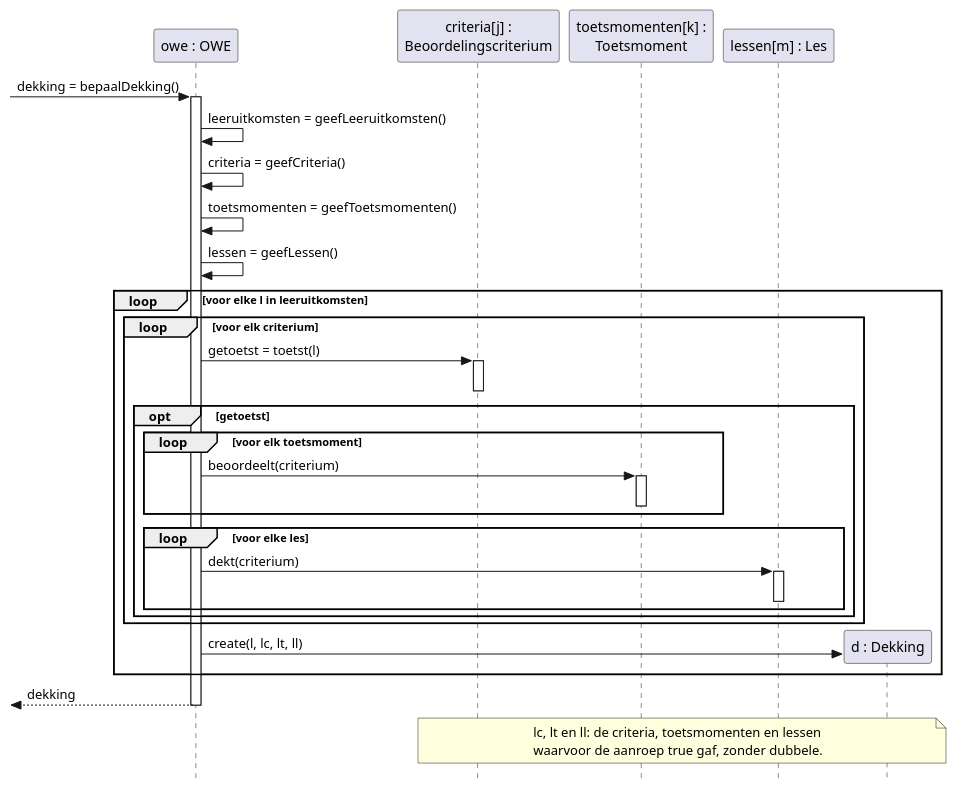
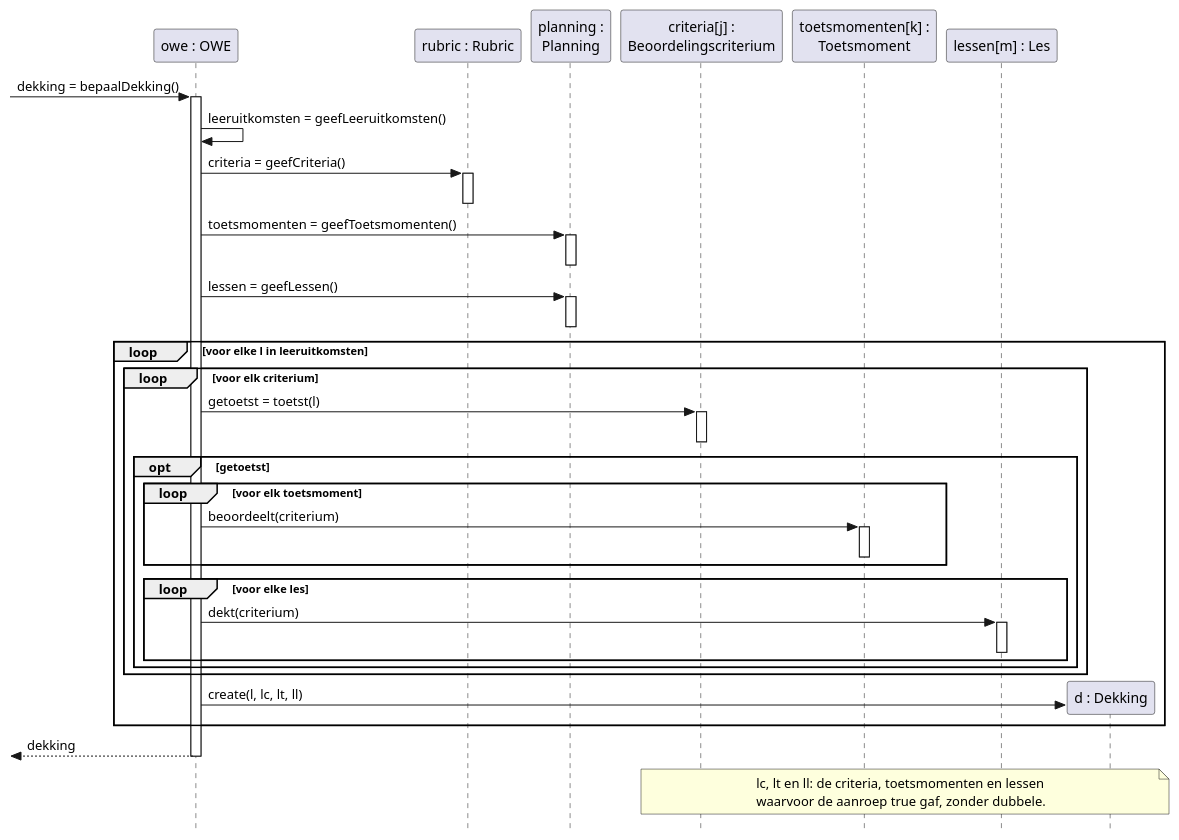
The diagram in docs/diagrams/sd-owe-bepaaldekking.puml (HAN-Craftsmanship-KL-JJG/casus), drawn with PlantUML before and after one commit. The commit also changed 18 other files, not shown here.

First line of the commit message:
refactor(docs): split OWE into Rubric and Planning

```diff
--- a/docs/diagrams/sd-owe-bepaaldekking.puml
+++ b/docs/diagrams/sd-owe-bepaaldekking.puml
@@ -1,48 +1,56 @@
 @startuml sd-owe-bepaaldekking
 ' Sequence diagram van OWE.bepaalDekking (UC08, stap 3).
 ' Toelichting: docs/08-sequencediagrammen.md
 skinparam style strictuml
 skinparam shadowing false
 skinparam defaultFontName Helvetica
 hide footbox
 
 participant "owe : OWE" as owe
+participant "rubric : Rubric" as rubric
+participant "planning :\nPlanning" as planning
 participant "criteria[j] :\nBeoordelingscriterium" as criterium
 participant "toetsmomenten[k] :\nToetsmoment" as toetsmoment
 participant "lessen[m] : Les" as les
 participant "d : Dekking" as dekking
 
 [-> owe : dekking = bepaalDekking()
 activate owe
 owe -> owe : leeruitkomsten = geefLeeruitkomsten()
-owe -> owe : criteria = geefCriteria()
-owe -> owe : toetsmomenten = geefToetsmomenten()
-owe -> owe : lessen = geefLessen()
+owe -> rubric : criteria = geefCriteria()
+activate rubric
+deactivate rubric
+owe -> planning : toetsmomenten = geefToetsmomenten()
+activate planning
+deactivate planning
+owe -> planning : lessen = geefLessen()
+activate planning
+deactivate planning
 loop voor elke l in leeruitkomsten
   loop voor elk criterium
     owe -> criterium : getoetst = toetst(l)
     activate criterium
     deactivate criterium
     opt getoetst
       loop voor elk toetsmoment
         owe -> toetsmoment : beoordeelt(criterium)
         activate toetsmoment
         deactivate toetsmoment
       end
       loop voor elke les
         owe -> les : dekt(criterium)
         activate les
         deactivate les
       end
     end
   end
   create dekking
   owe -> dekking : create(l, lc, lt, ll)
 end
 [<-- owe : dekking
 deactivate owe
 note over criterium, dekking
   lc, lt en ll: de criteria, toetsmomenten en lessen
   waarvoor de aanroep true gaf, zonder dubbele.
 end note
 @enduml
```
